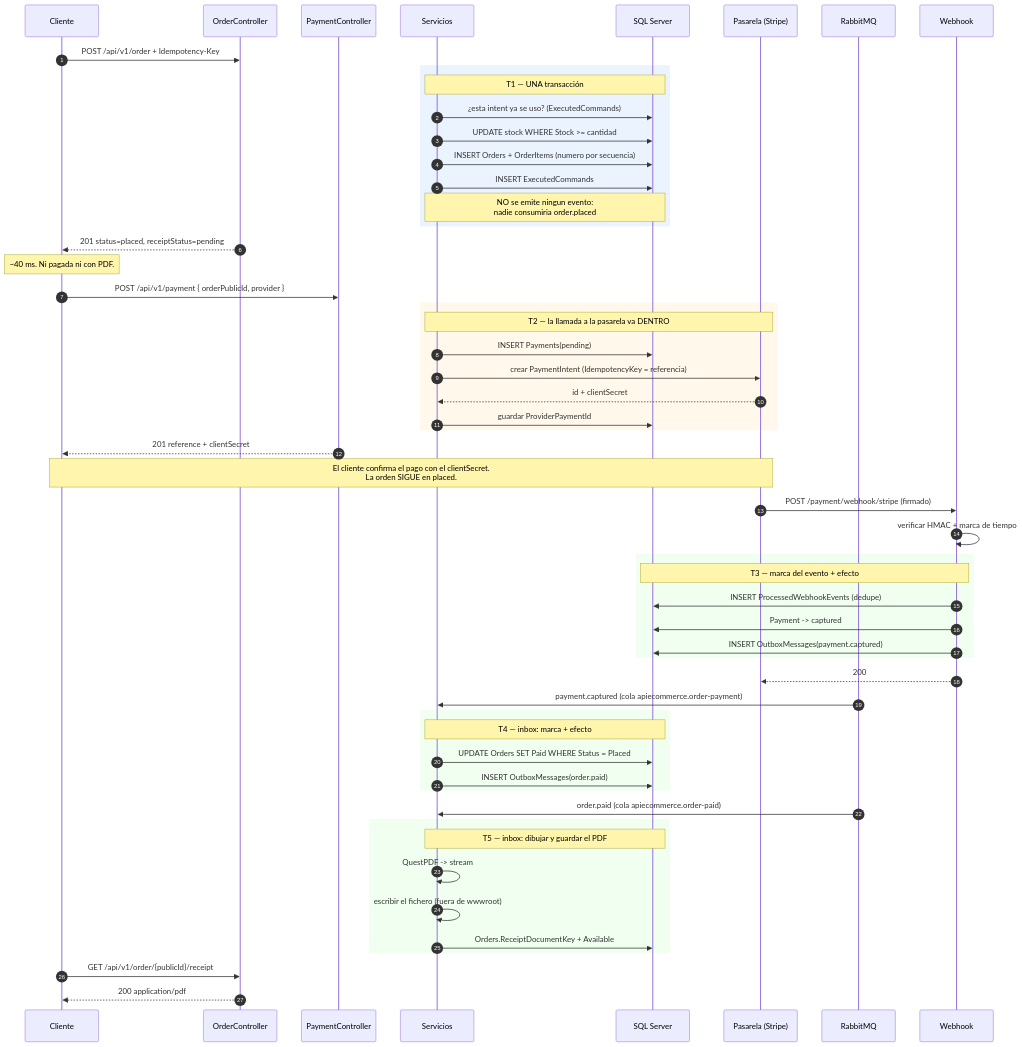
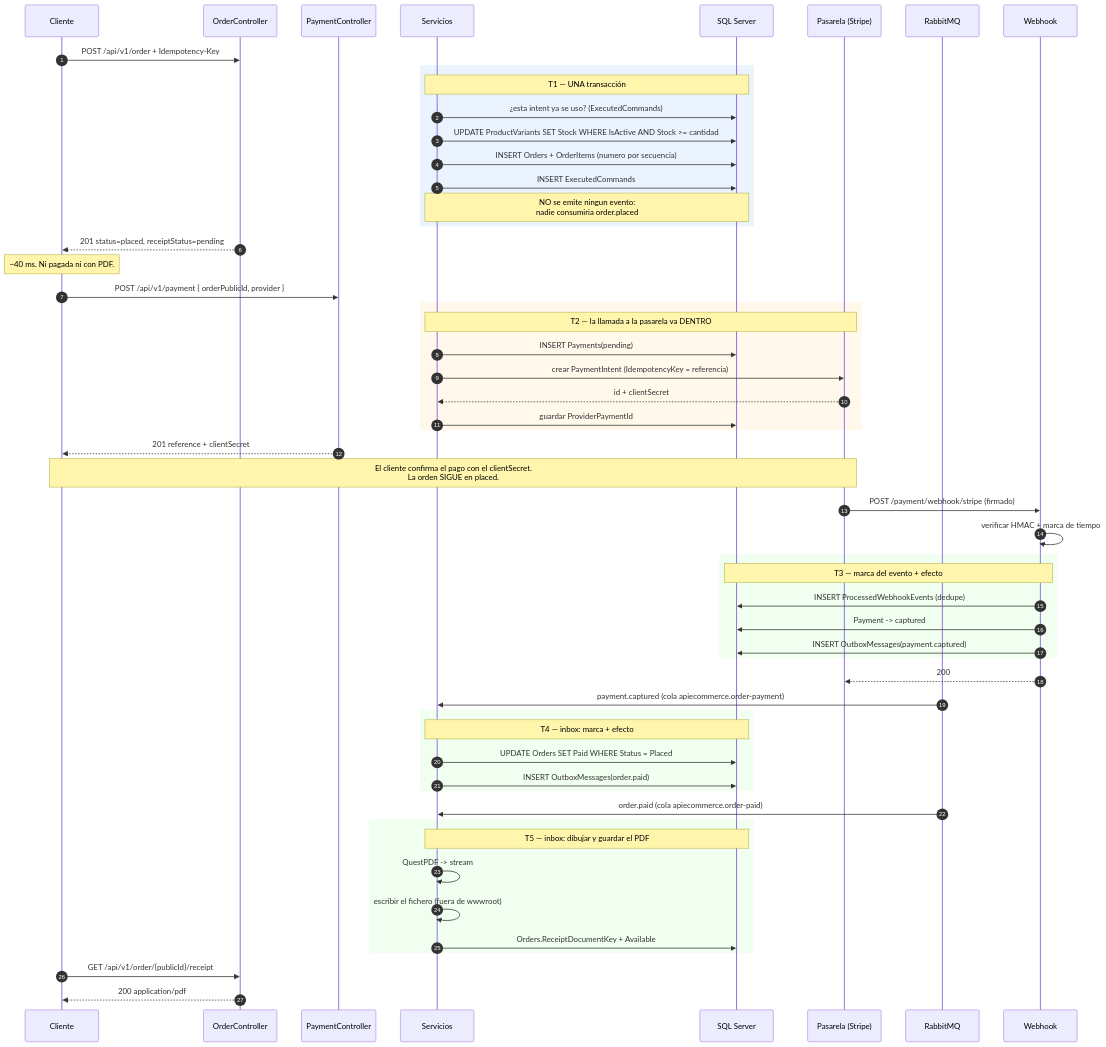
One commit to AlexMartin998/dotnet-ecommerce-v1 changed the second of 6 diagrams in AGENTS/docs/08-mapa-de-endpoints.md. Above: the diagram before and after it, drawn with Mermaid. The commit also changed other lines of this file and 52 other files, not shown here.

First line of the commit message:
feat(catalog): add product variants with per-size stock

````diff
--- a/AGENTS/docs/08-mapa-de-endpoints.md
+++ b/AGENTS/docs/08-mapa-de-endpoints.md
@@ -249,63 +259,63 @@
 ```mermaid
 sequenceDiagram
     autonumber
     participant C as Cliente
     participant O as OrderController
     participant P as PaymentController
     participant S as Servicios
     participant DB as SQL Server
     participant G as Pasarela (Stripe)
     participant MQ as RabbitMQ
     participant W as Webhook
 
     C->>O: POST /api/v1/order + Idempotency-Key
     rect rgb(235, 243, 255)
     Note over S,DB: T1 — UNA transacción
     S->>DB: ¿esta intent ya se uso? (ExecutedCommands)
-    S->>DB: UPDATE stock WHERE Stock >= cantidad
+    S->>DB: UPDATE ProductVariants SET Stock WHERE IsActive AND Stock >= cantidad
     S->>DB: INSERT Orders + OrderItems (numero por secuencia)
     S->>DB: INSERT ExecutedCommands
     Note over S,DB: NO se emite ningun evento:<br/>nadie consumiria order.placed
     end
     O-->>C: 201 status=placed, receiptStatus=pending
     Note over C: ~40 ms. Ni pagada ni con PDF.
 
     C->>P: POST /api/v1/payment { orderPublicId, provider }
     rect rgb(255, 248, 235)
     Note over S,G: T2 — la llamada a la pasarela va DENTRO
     S->>DB: INSERT Payments(pending)
     S->>G: crear PaymentIntent (IdempotencyKey = referencia)
     G-->>S: id + clientSecret
     S->>DB: guardar ProviderPaymentId
     end
     P-->>C: 201 reference + clientSecret
     Note over C,G: El cliente confirma el pago con el clientSecret.<br/>La orden SIGUE en placed.
 
     G->>W: POST /payment/webhook/stripe (firmado)
     W->>W: verificar HMAC + marca de tiempo
     rect rgb(240, 255, 240)
     Note over W,DB: T3 — marca del evento + efecto
     W->>DB: INSERT ProcessedWebhookEvents (dedupe)
     W->>DB: Payment -> captured
     W->>DB: INSERT OutboxMessages(payment.captured)
     end
     W-->>G: 200
 
     MQ->>S: payment.captured (cola apiecommerce.order-payment)
     rect rgb(240, 255, 240)
     Note over S,DB: T4 — inbox: marca + efecto
     S->>DB: UPDATE Orders SET Paid WHERE Status = Placed
     S->>DB: INSERT OutboxMessages(order.paid)
     end
 
     MQ->>S: order.paid (cola apiecommerce.order-paid)
     rect rgb(240, 255, 240)
     Note over S,DB: T5 — inbox: dibujar y guardar el PDF
     S->>S: QuestPDF -> stream
     S->>S: escribir el fichero (fuera de wwwroot)
     S->>DB: Orders.ReceiptDocumentKey + Available
     end
 
     C->>O: GET /api/v1/order/{publicId}/receipt
     O-->>C: 200 application/pdf
 ```
````
